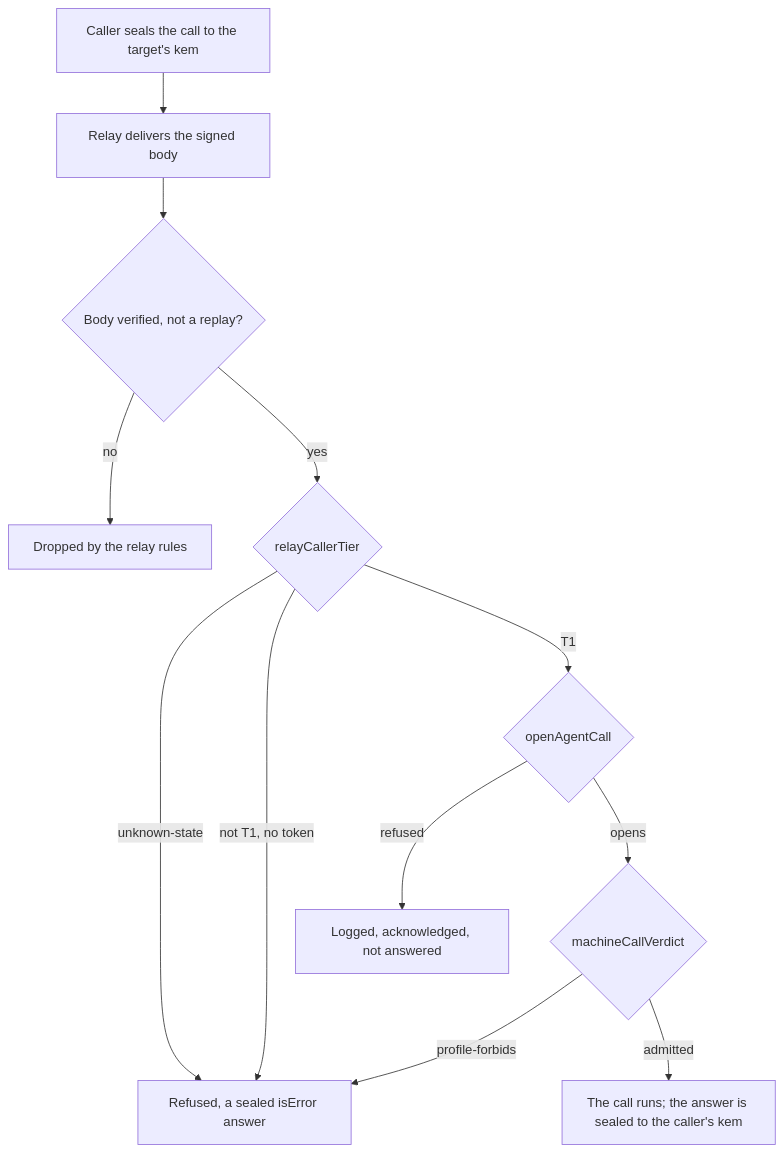
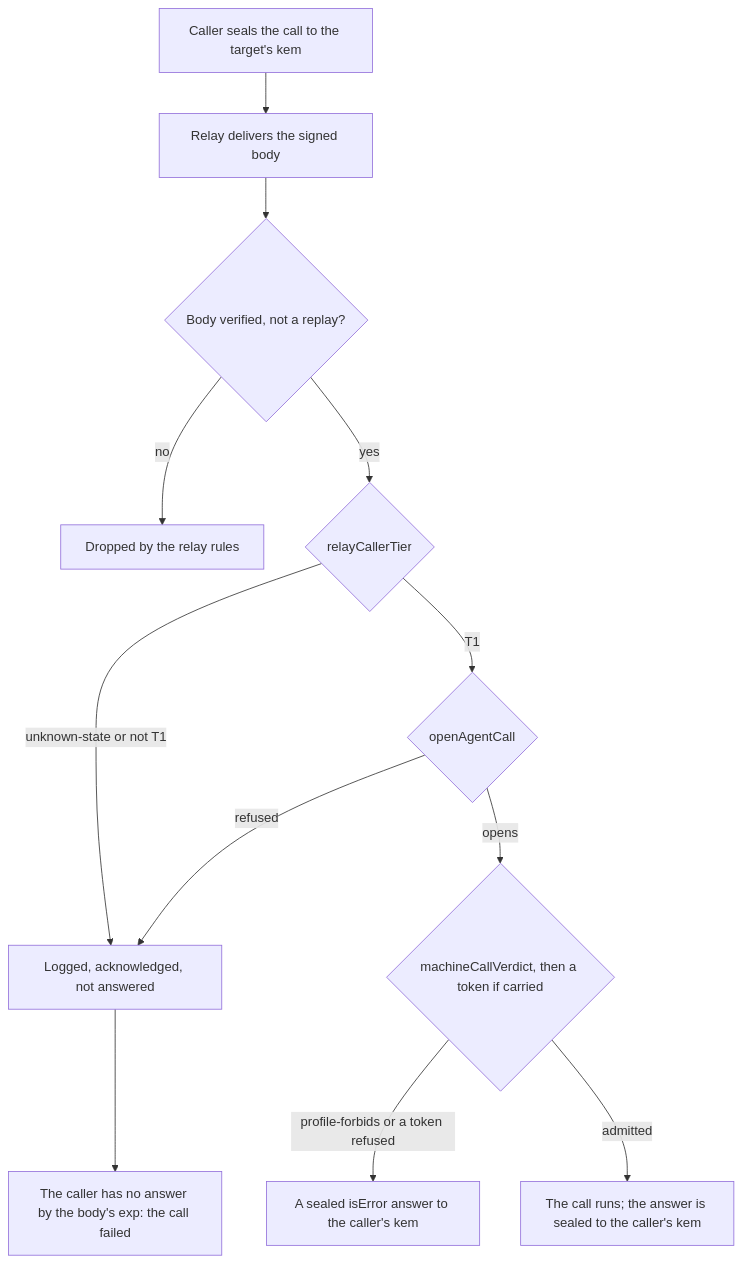
Diagram 25 of 26 in docs/ux/flows.md (passioncode-ai/fabric-agent-contract), drawn with Mermaid before and after one commit. The commit also changed other lines of this file and 18 other files, not shown here.

````diff
--- a/docs/ux/flows.md
+++ b/docs/ux/flows.md
@@ -615,14 +615,14 @@
 ```mermaid
 flowchart TD
   S[Caller seals the call to the target's kem] --> R[Relay delivers the signed body]
   R --> V{Body verified, not a replay?}
   V -->|no| X[Dropped by the relay rules]
   V -->|yes| T{relayCallerTier}
-  T -->|unknown-state| U[Refused, a sealed isError answer]
-  T -->|not T1, no token| U
+  T -->|unknown-state or not T1| L[Logged, acknowledged, not answered]
   T -->|T1| O{openAgentCall}
-  O -->|refused| L[Logged, acknowledged, not answered]
-  O -->|opens| J{machineCallVerdict}
-  J -->|profile-forbids| U
+  O -->|refused| L
+  O -->|opens| J{machineCallVerdict, then a token if carried}
+  J -->|profile-forbids or a token refused| U[A sealed isError answer to the caller's kem]
   J -->|admitted| Run[The call runs; the answer is sealed to the caller's kem]
+  L --> E[The caller has no answer by the body's exp: the call failed]
 ```
````
